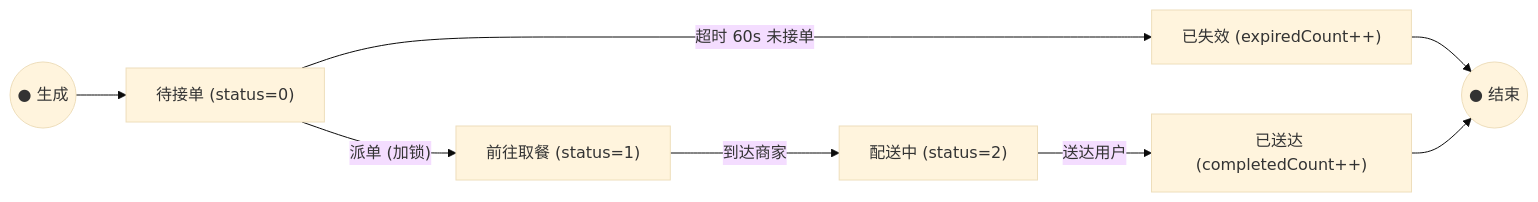
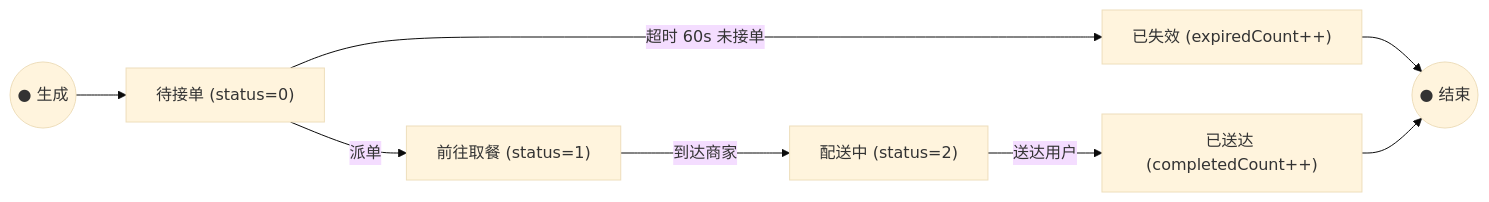
The second of 3 diagrams in README.md (EricYFY/meileme), drawn with Mermaid (base theme) before and after one commit. The commit also changed other lines of this file and 7 other files, not shown here.

````diff
--- a/README.md
+++ b/README.md
@@ -205,10 +205,10 @@
 ```mermaid
 flowchart LR
     Start(("● 生成")) --> S0["待接单 (status=0)"]
-    S0 -->|"派单 (加锁)"| S1["前往取餐 (status=1)"]
+    S0 -->|"派单"| S1["前往取餐 (status=1)"]
     S0 -->|"超时 60s 未接单"| SExp["已失效 (expiredCount++)"]
     S1 -->|"到达商家"| S2["配送中 (status=2)"]
     S2 -->|"送达用户"| S3["已送达 (completedCount++)"]
     SExp --> EndNode(("● 结束"))
     S3 --> EndNode
 ```
````
